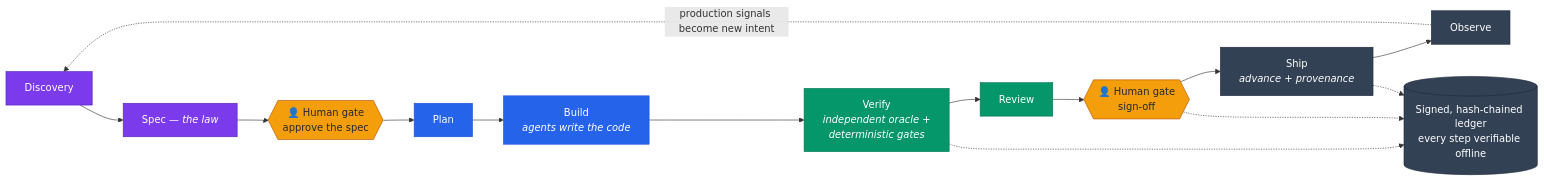
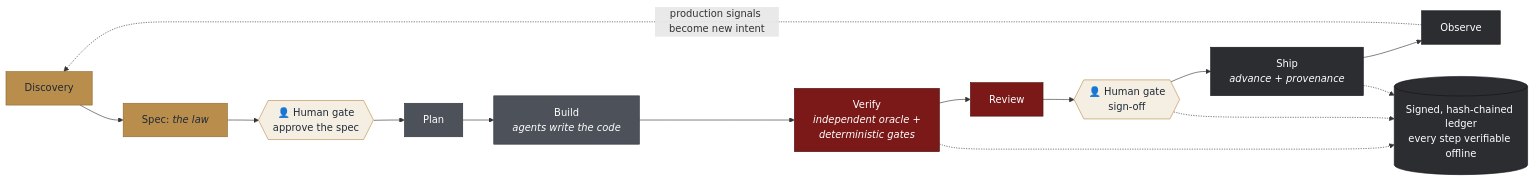
Before and after one commit to VerzCar/3powers: the diagram in README.md, drawn with Mermaid. The commit also changed other lines of this file and 3 other files, not shown here.

````diff
--- a/README.md
+++ b/README.md
@@ -41,20 +36,20 @@
 ```mermaid
 flowchart LR
-    classDef leg fill:#7c3aed,stroke:#5b21b6,color:#ffffff
-    classDef exec fill:#2563eb,stroke:#1d4ed8,color:#ffffff
-    classDef jud fill:#059669,stroke:#047857,color:#ffffff
-    classDef human fill:#f59e0b,stroke:#b45309,color:#1f2937
-    classDef spine fill:#334155,stroke:#1e293b,color:#ffffff
+    classDef leg fill:#b98e4c,stroke:#8f6a33,color:#1f2937
+    classDef exec fill:#4d5159,stroke:#33363c,color:#ffffff
+    classDef jud fill:#7b1818,stroke:#4f0f0f,color:#ffffff
+    classDef human fill:#f5efe3,stroke:#b98e4c,color:#1f2937
+    classDef spine fill:#2b2d31,stroke:#141518,color:#ffffff
 
-    D["Discovery"]:::leg --> S["Spec — <i>the law</i>"]:::leg
+    D["Discovery"]:::leg --> S["Spec: <i>the law</i>"]:::leg
     S --> A{{"👤 Human gate<br/>approve the spec"}}:::human
     A --> P["Plan"]:::exec --> B["Build<br/><i>agents write the code</i>"]:::exec
     B --> V["Verify<br/><i>independent oracle +<br/>deterministic gates</i>"]:::jud
     V --> R["Review"]:::jud --> SO{{"👤 Human gate<br/>sign-off"}}:::human
     SO --> SH["Ship<br/><i>advance + provenance</i>"]:::spine --> O["Observe"]:::spine
     O -. "production signals become new intent" .-> D
 
     V -.-> L[("Signed, hash-chained ledger<br/>every step verifiable offline")]:::spine
     SO -.-> L
     SH -.-> L
 ```
````
